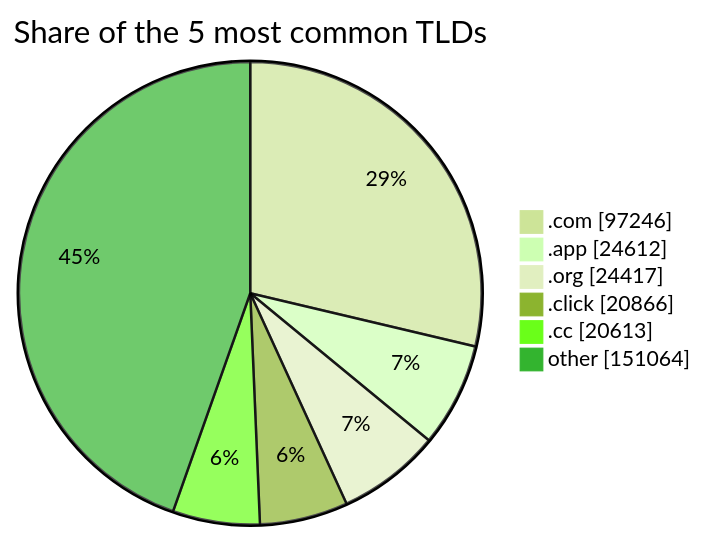
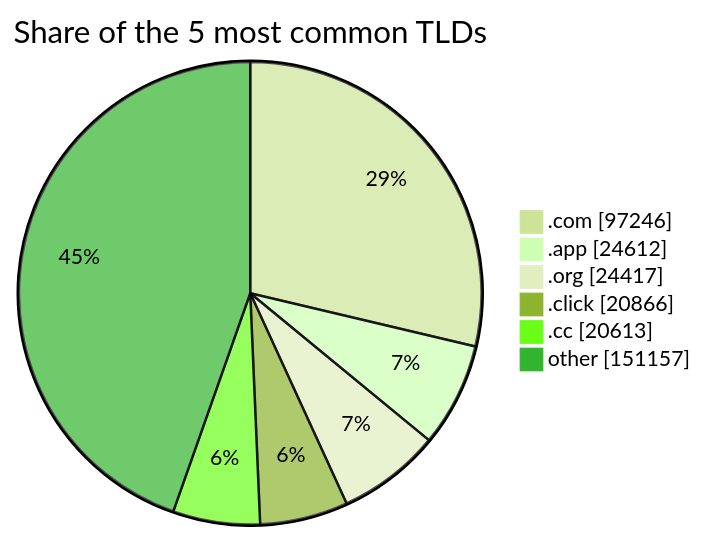
One commit to DNSBunker/CTI changed the third of 3 diagrams in README.md. Above: the diagram before and after it, drawn with Mermaid (forest theme). The commit also changed other lines of this file and 4 other files, not shown here.

````diff
--- a/README.md
+++ b/README.md
@@ -81,9 +81,9 @@
 ```mermaid
 pie showData title Share of the 5 most common TLDs
     ".com" : 97246
     ".app" : 24612
     ".org" : 24417
     ".click" : 20866
     ".cc" : 20613
-    "other" : 151064
+    "other" : 151157
 ```
````
